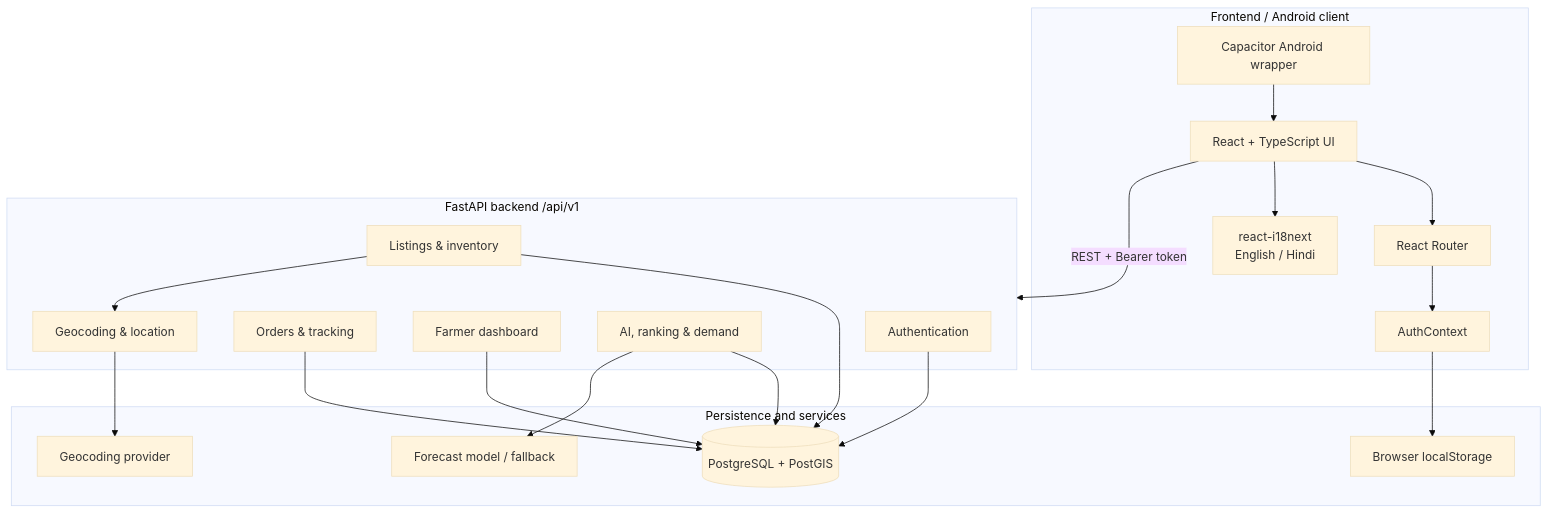
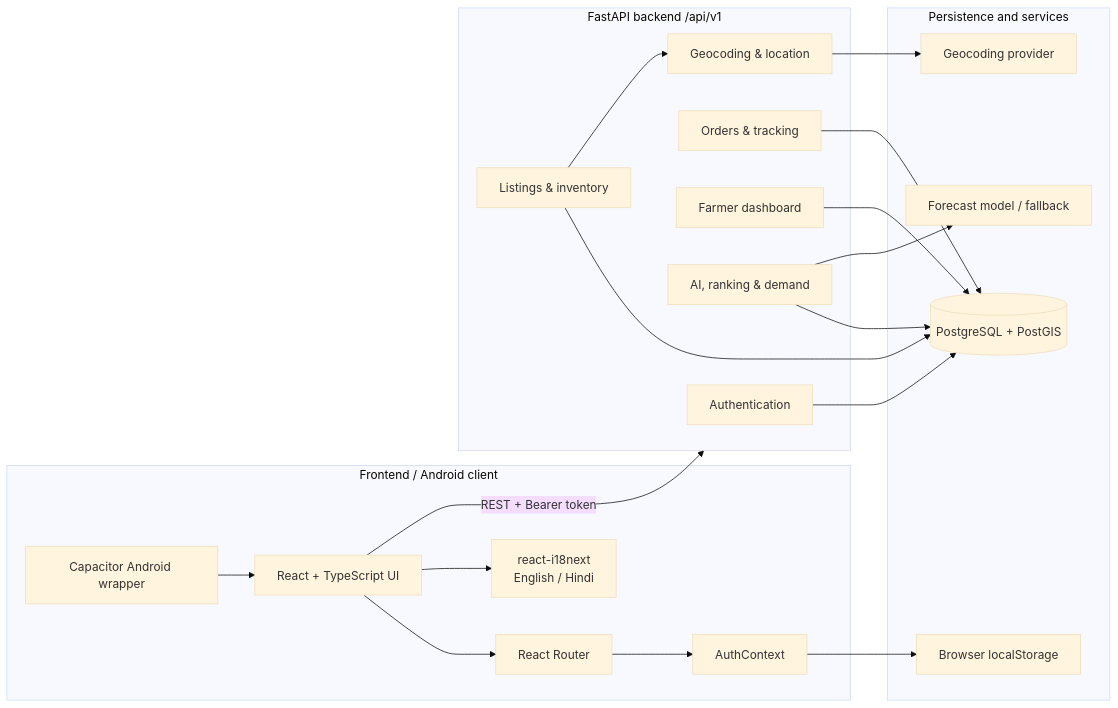
The first of 4 diagrams in README.md (Adyant-Tiwari19/Kisan-Setu-SIH-2026), drawn with Mermaid (base theme) before and after one commit.

Commit message:
Updated repo readme

````diff
--- a/README.md
+++ b/README.md
@@ -85,41 +85,41 @@
 ```mermaid
-flowchart TD
+flowchart LR
     subgraph Client["Frontend / Android client"]
         UI["React + TypeScript UI"]
         Router["React Router"]
         Context["AuthContext"]
         I18n["react-i18next<br/>English / Hindi"]
         Capacitor["Capacitor Android wrapper"]
     end
 
     subgraph API["FastAPI backend /api/v1"]
         Auth["Authentication"]
         Listings["Listings & inventory"]
         Orders["Orders & tracking"]
         Dashboard["Farmer dashboard"]
         AI["AI, ranking & demand"]
         Location["Geocoding & location"]
     end
 
     subgraph Data["Persistence and services"]
         DB[("PostgreSQL + PostGIS")]
         Forecast["Forecast model / fallback"]
         Storage["Browser localStorage"]
         Geo["Geocoding provider"]
     end
 
     UI --> Router
     Router --> Context
     UI --> I18n
     Capacitor --> UI
     Context --> Storage
     UI -->|REST + Bearer token| API
     Auth --> DB
     Listings --> DB
     Orders --> DB
     Dashboard --> DB
     AI --> DB
     AI --> Forecast
     Location --> Geo
     Listings --> Location
 ```
````
